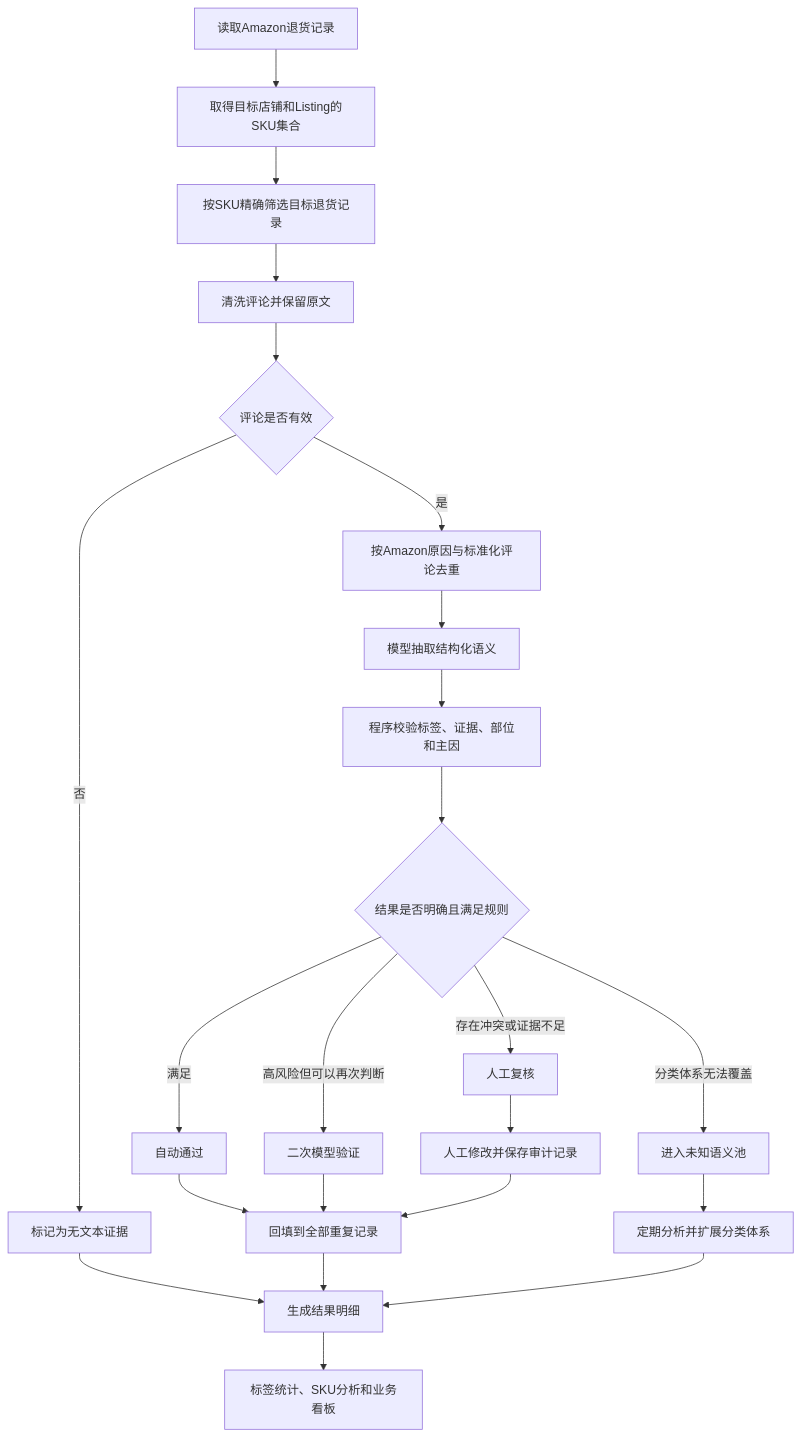
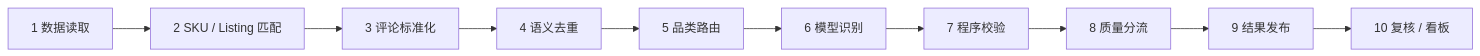
The sixth of 13 diagrams in docs/退货语义分析智能体_汇报.md (songtu2025/returnscope), drawn with Mermaid before and after one commit. The commit also changed other lines of this file and 2 other files, not shown here.

````diff
--- a/docs/退货语义分析智能体_汇报.md
+++ b/docs/退货语义分析智能体_汇报.md
@@ -155,30 +219,12 @@
 ```mermaid
-flowchart TD
-    A["读取Amazon退货记录"] --> B["取得目标店铺和Listing的SKU集合"]
-    B --> C["按SKU精确筛选目标退货记录"]
-    C --> D["清洗评论并保留原文"]
-    D --> E{"评论是否有效"}
-
-    E -- "否" --> F["标记为无文本证据"]
-    E -- "是" --> G["按Amazon原因与标准化评论去重"]
-
-    G --> H["模型抽取结构化语义"]
-    H --> I["程序校验标签、证据、部位和主因"]
-    I --> J{"结果是否明确且满足规则"}
-
-    J -- "满足" --> K["自动通过"]
-    J -- "高风险但可以再次判断" --> L["二次模型验证"]
-    J -- "存在冲突或证据不足" --> M["人工复核"]
-    J -- "分类体系无法覆盖" --> N["进入未知语义池"]
-
-    K --> O["回填到全部重复记录"]
-    L --> O
-    M --> P["人工修改并保存审计记录"]
-    P --> O
-    N --> Q["定期分析并扩展分类体系"]
-
-    F --> R["生成结果明细"]
-    O --> R
-    Q --> R
-    R --> S["标签统计、SKU分析和业务看板"]
+flowchart LR
+    A["1 数据读取"] --> B["2 SKU / Listing 匹配"]
+    B --> C["3 评论标准化"]
+    C --> D["4 语义去重"]
+    D --> E["5 品类路由"]
+    E --> F["6 模型识别"]
+    F --> G["7 程序校验"]
+    G --> H["8 质量分流"]
+    H --> I["9 结果发布"]
+    I --> J["10 复核 / 看板"]
 ```
````
